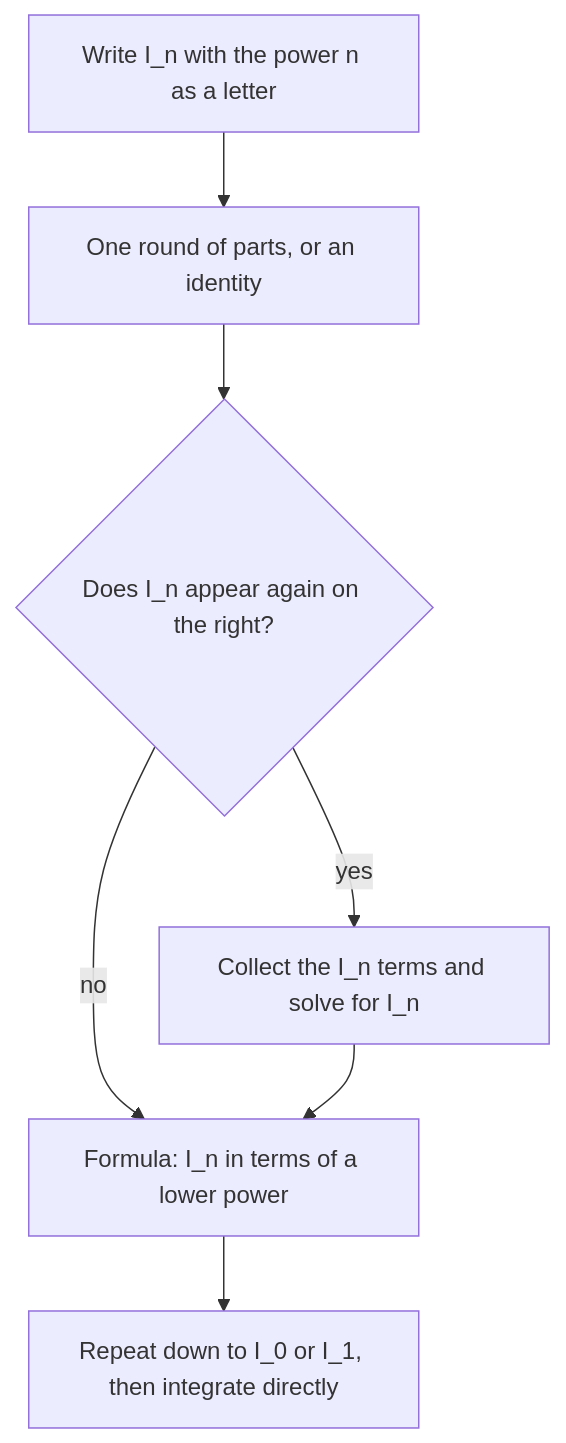
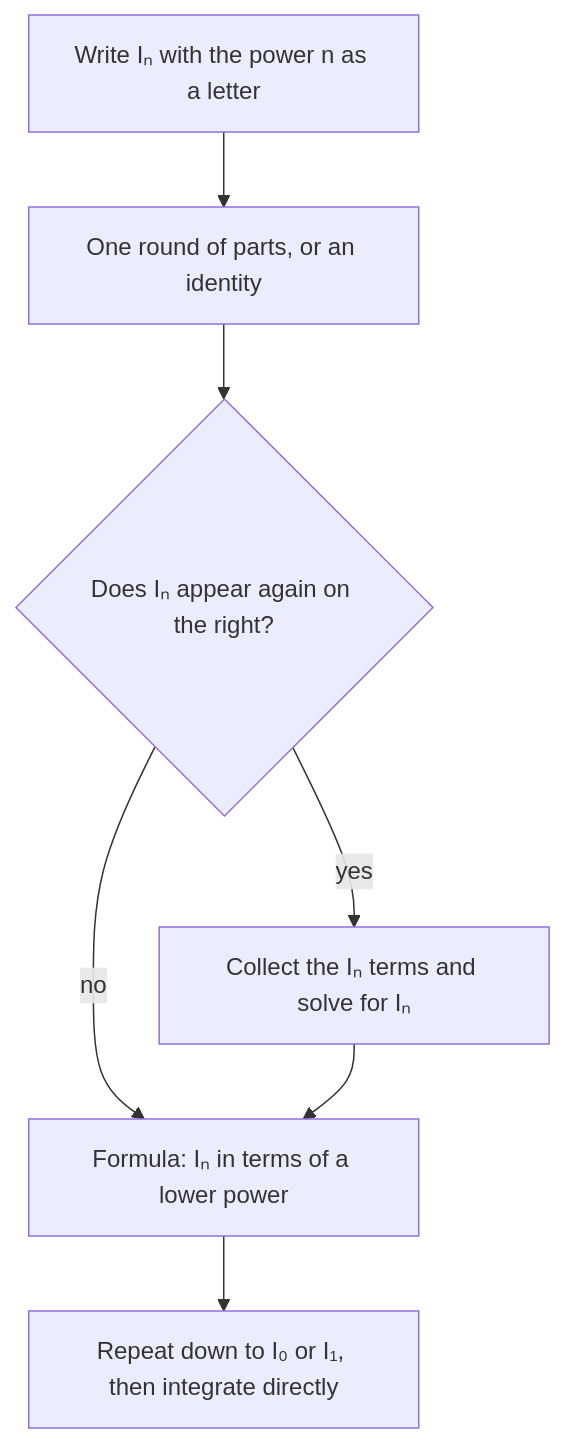
The diagram in content/math/calculus/lessons/36h1-reduction-formulas.md (Aziliz/erudior), drawn with Mermaid before and after one commit. The commit also changed 30 other files, not shown here.

````diff
--- a/content/math/calculus/lessons/36h1-reduction-formulas.md
+++ b/content/math/calculus/lessons/36h1-reduction-formulas.md
@@ -50,11 +50,11 @@
 ```mermaid
 flowchart TD
   accTitle: How to derive a reduction formula
   accDescr: Start with the integral I sub n with the power n kept as a letter. Do one round of integration by parts, or use an identity, to lower the power. Ask whether I sub n appeared again on the right side. If yes, collect the I sub n terms on the left and solve for I sub n. In either case the result expresses I sub n through I sub n minus 1 or I sub n minus 2. Then apply it repeatedly down to I sub 0 or I sub 1, which are integrated directly.
-  A["Write I_n with the power n as a letter"] --> B["One round of parts, or an identity"]
-  B --> C{"Does I_n appear again on the right?"}
-  C -- yes --> D["Collect the I_n terms and solve for I_n"]
-  C -- no --> E["Formula: I_n in terms of a lower power"]
+  A["Write Iₙ with the power n as a letter"] --> B["One round of parts, or an identity"]
+  B --> C{"Does Iₙ appear again on the right?"}
+  C -- yes --> D["Collect the Iₙ terms and solve for Iₙ"]
+  C -- no --> E["Formula: Iₙ in terms of a lower power"]
   D --> E
-  E --> F["Repeat down to I_0 or I_1, then integrate directly"]
+  E --> F["Repeat down to I₀ or I₁, then integrate directly"]
 ```
````
